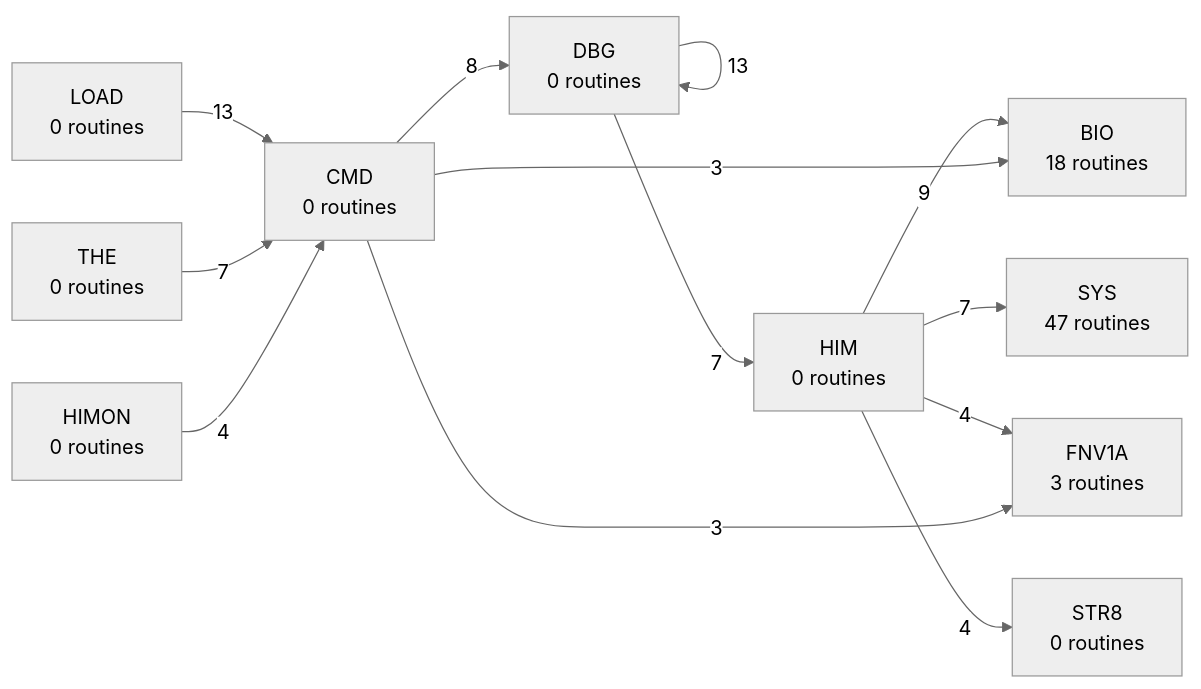
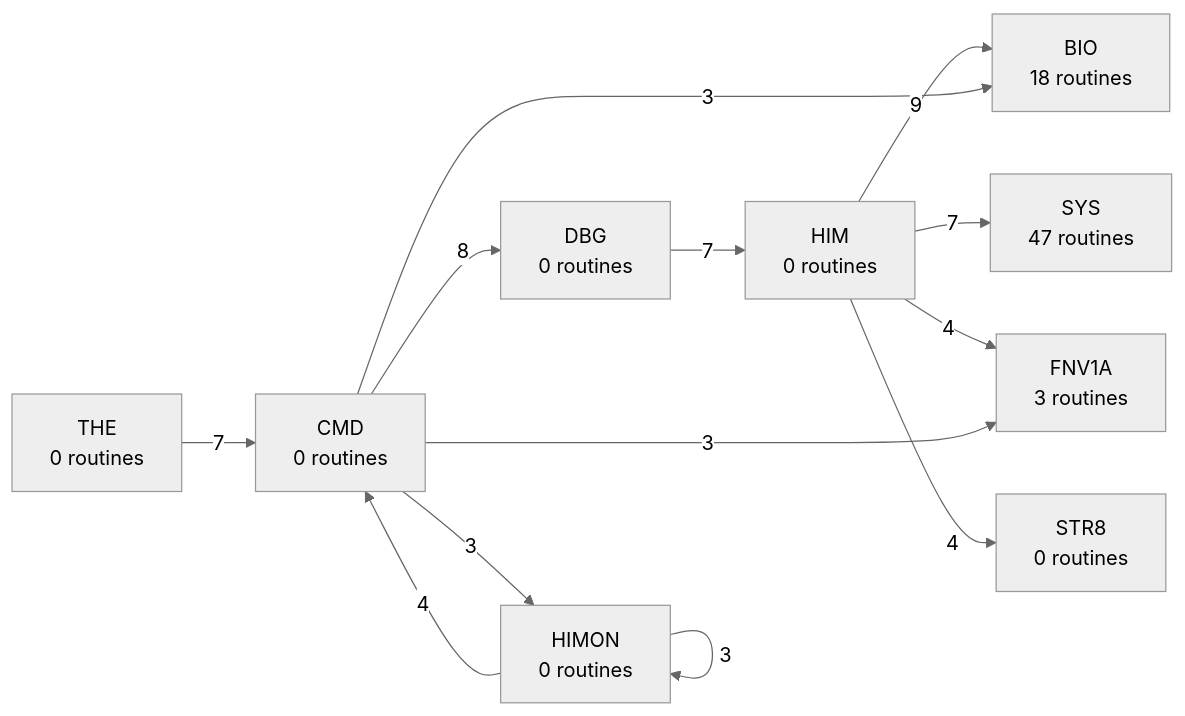
The third of 7 diagrams in DOC/GENERATED/ROUTINE_PREFIX_MAP.md (95westus/R-YORS), drawn with Mermaid (neutral theme) before and after one commit. The commit also changed other lines of this file and 94 other files, not shown here.

````diff
--- a/DOC/GENERATED/ROUTINE_PREFIX_MAP.md
+++ b/DOC/GENERATED/ROUTINE_PREFIX_MAP.md
@@ -46,15 +46,15 @@
 ```mermaid
 flowchart LR
-    P_DBG["DBG<br/>0 routines"] -->|13| P_DBG["DBG<br/>0 routines"]
-    P_LOAD["LOAD<br/>0 routines"] -->|13| P_CMD["CMD<br/>0 routines"]
     P_HIM["HIM<br/>0 routines"] -->|9| P_BIO["BIO<br/>18 routines"]
     P_CMD["CMD<br/>0 routines"] -->|8| P_DBG["DBG<br/>0 routines"]
     P_DBG["DBG<br/>0 routines"] -->|7| P_HIM["HIM<br/>0 routines"]
     P_HIM["HIM<br/>0 routines"] -->|7| P_SYS["SYS<br/>47 routines"]
     P_THE["THE<br/>0 routines"] -->|7| P_CMD["CMD<br/>0 routines"]
     P_HIM["HIM<br/>0 routines"] -->|4| P_FNV1A["FNV1A<br/>3 routines"]
     P_HIM["HIM<br/>0 routines"] -->|4| P_STR8["STR8<br/>0 routines"]
     P_HIMON["HIMON<br/>0 routines"] -->|4| P_CMD["CMD<br/>0 routines"]
     P_CMD["CMD<br/>0 routines"] -->|3| P_BIO["BIO<br/>18 routines"]
     P_CMD["CMD<br/>0 routines"] -->|3| P_FNV1A["FNV1A<br/>3 routines"]
+    P_CMD["CMD<br/>0 routines"] -->|3| P_HIMON["HIMON<br/>0 routines"]
+    P_HIMON["HIMON<br/>0 routines"] -->|3| P_HIMON["HIMON<br/>0 routines"]
 ```
````
